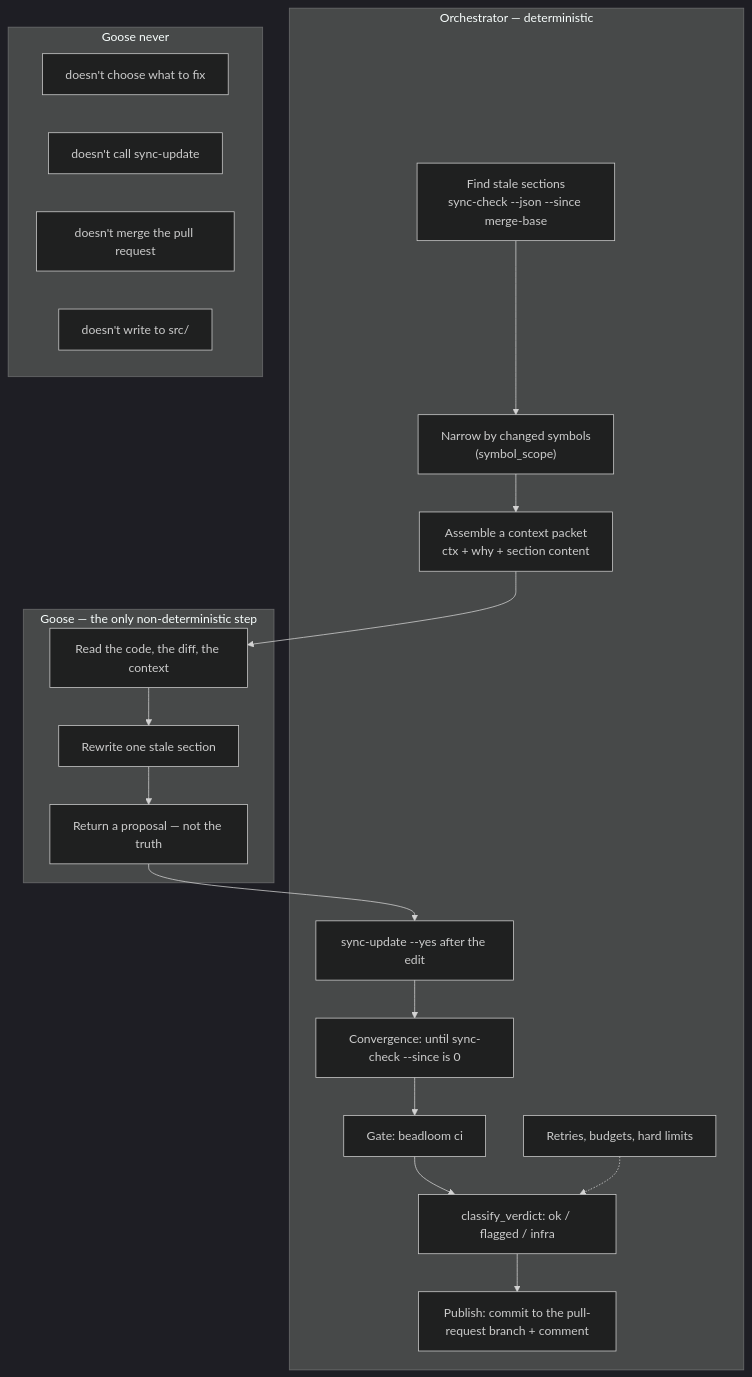
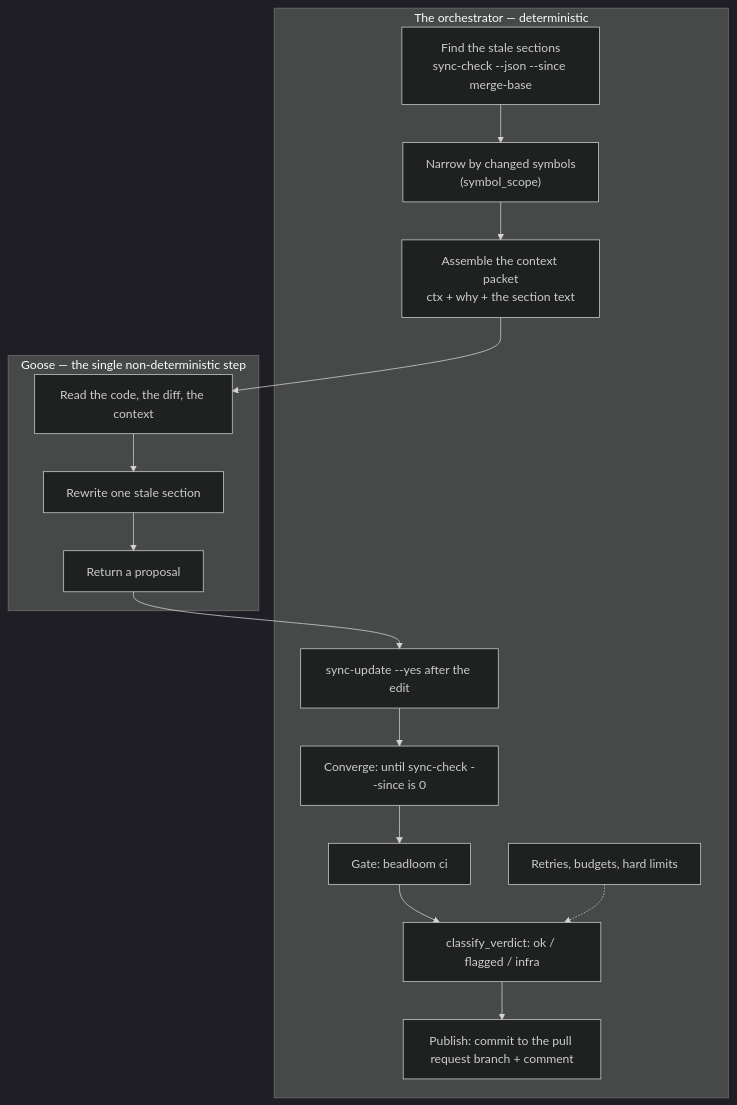
One commit to zoologov/beadloom changed the fifth of 6 diagrams in docs/guides/multi-agent-development.md. Above: the diagram before and after it, drawn with Mermaid (dark theme). The commit also changed other lines of this file and 4 other files, not shown here.

````diff
--- a/docs/guides/multi-agent-development.md
+++ b/docs/guides/multi-agent-development.md
@@ -313,32 +353,25 @@
 ```mermaid
 flowchart TB
-  subgraph DETERMINISTIC["Orchestrator — deterministic"]
-    D1["Find stale sections<br/>sync-check --json --since merge-base"]
+  subgraph DETERMINISTIC["The orchestrator — deterministic"]
+    D1["Find the stale sections<br/>sync-check --json --since merge-base"]
     D1b["Narrow by changed symbols<br/>(symbol_scope)"]
-    D2["Assemble a context packet<br/>ctx + why + section content"]
+    D2["Assemble the context packet<br/>ctx + why + the section text"]
     D3["sync-update --yes after the edit"]
-    D4["Convergence: until sync-check --since is 0"]
+    D4["Converge: until sync-check --since is 0"]
     D5["Gate: beadloom ci"]
     D6["classify_verdict: ok / flagged / infra"]
-    D7["Publish: commit to the pull-request branch + comment"]
+    D7["Publish: commit to the pull request branch + comment"]
     D8["Retries, budgets, hard limits"]
   end
 
-  subgraph NONDET["Goose — the only non-deterministic step"]
+  subgraph NONDET["Goose — the single non-deterministic step"]
     N1["Read the code, the diff, the context"]
     N2["Rewrite one stale section"]
-    N3["Return a proposal — not the truth"]
-  end
-
-  subgraph NEVER["Goose never"]
-    X1["doesn't choose what to fix"]
-    X2["doesn't call sync-update"]
-    X3["doesn't merge the pull request"]
-    X4["doesn't write to src/"]
+    N3["Return a proposal"]
   end
 
   D1 --> D1b --> D2 --> N1
   N1 --> N2 --> N3
   N3 --> D3 --> D4 --> D5 --> D6 --> D7
   D8 -.-> D6
 ```
````
